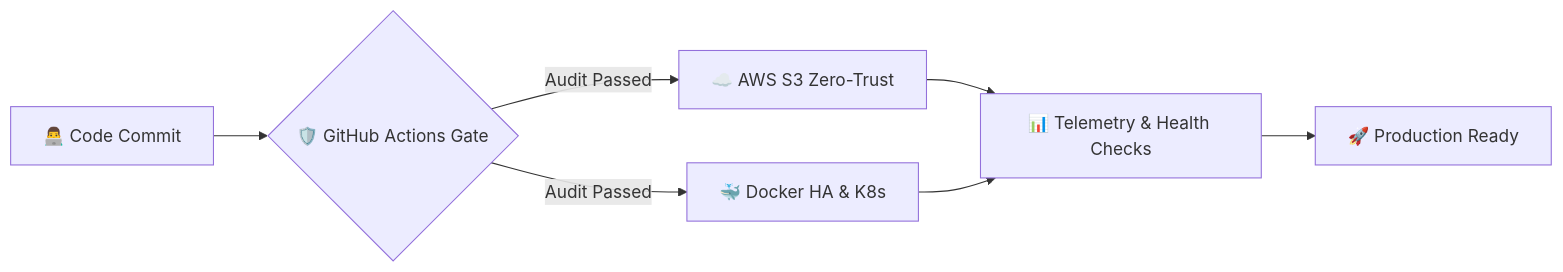
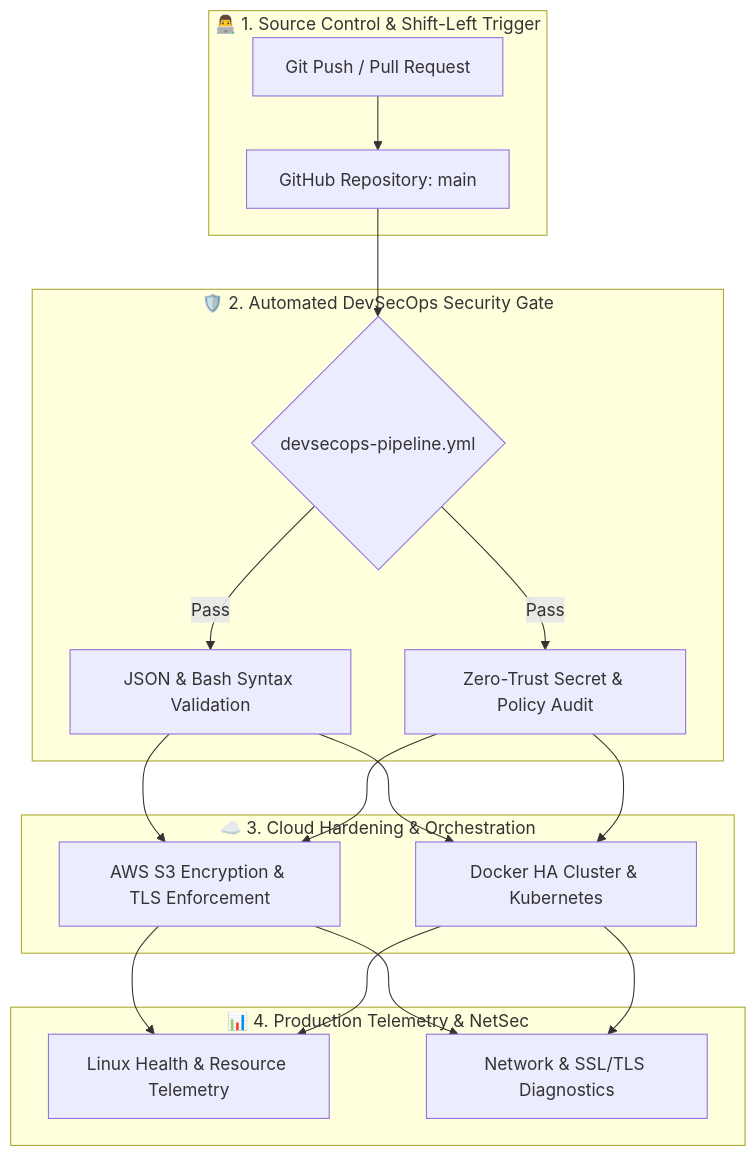
The diagram in README.md (kunalnios44-ctrl/cloud-devsecops-journey-2026), drawn with Mermaid before and after one commit. The commit also changed other lines of this file, not shown here.

````diff
--- a/README.md
+++ b/README.md
@@ -32,9 +20,22 @@
 ```mermaid
-flowchart LR
-    A[👨‍💻 Code Commit] --> B{🛡️ GitHub Actions Gate}
-    B -->|Audit Passed| C[☁️ AWS S3 Zero-Trust]
-    B -->|Audit Passed| D[🐳 Docker HA & K8s]
-    C --> E[📊 Telemetry & Health Checks]
-    D --> E
-    E --> F[🚀 Production Ready]
+flowchart TB
+    subgraph DEV["👨‍💻 1. Source Control & Shift-Left Trigger"]
+        A[Git Push / Pull Request] --> B[GitHub Repository: main]
+    end
+
+    subgraph SEC["🛡️ 2. Automated DevSecOps Security Gate"]
+        B --> C{devsecops-pipeline.yml}
+        C -->|Pass| D[JSON & Bash Syntax Validation]
+        C -->|Pass| E[Zero-Trust Secret & Policy Audit]
+    end
+
+    subgraph CLOUD["☁️ 3. Cloud Hardening & Orchestration"]
+        D & E --> F[AWS S3 Encryption & TLS Enforcement]
+        D & E --> G[Docker HA Cluster & Kubernetes]
+    end
+
+    subgraph OPS["📊 4. Production Telemetry & NetSec"]
+        F & G --> H[Linux Health & Resource Telemetry]
+        F & G --> I[Network & SSL/TLS Diagnostics]
+    end
 ```
````
